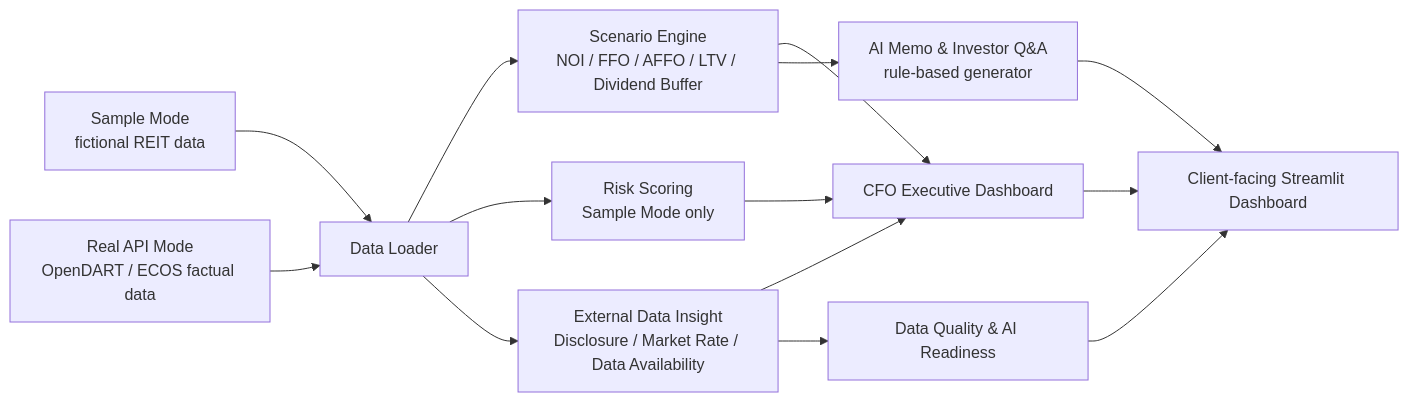
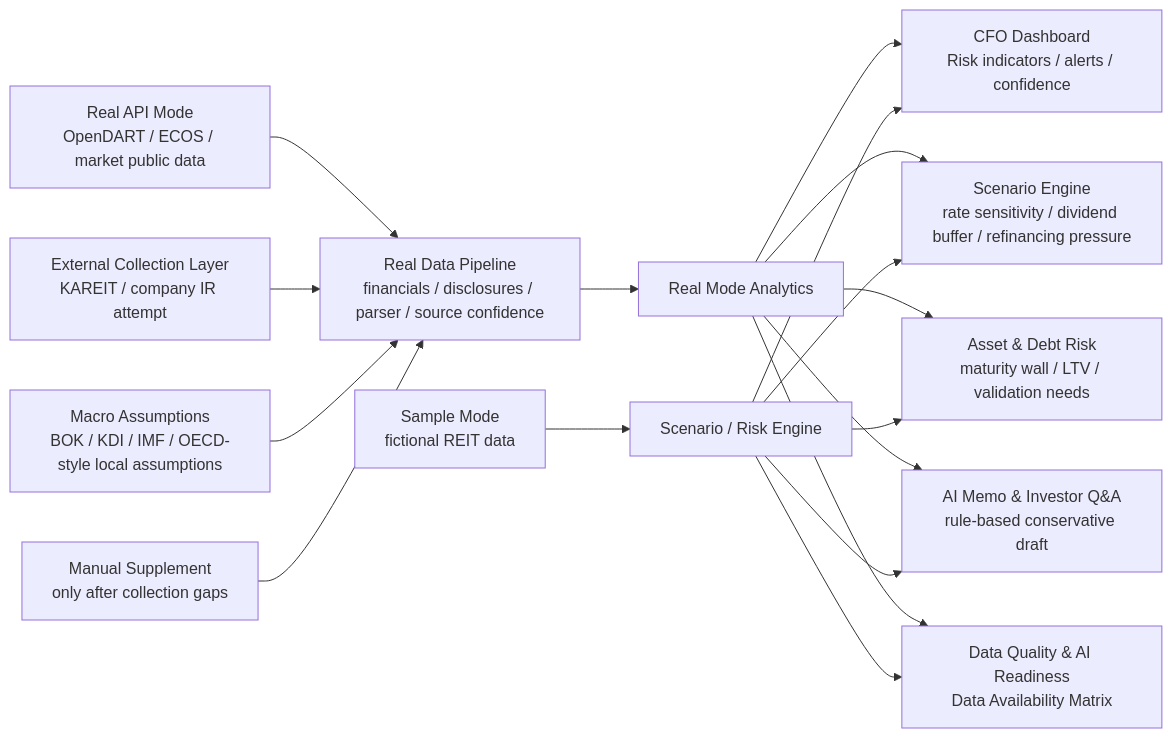
Before and after one commit to hahnjune0118/k-reit-cfo-copilot: the diagram in README.md, drawn with Mermaid. The commit also changed other lines of this file and 20 other files, not shown here.

Commit message:
Deploy v11.1 real data pipeline preview

````diff
--- a/README.md
+++ b/README.md
@@ -44,16 +40,19 @@
 ```mermaid
 flowchart LR
-    A["Sample Mode<br/>fictional REIT data"] --> C["Data Loader"]
-    B["Real API Mode<br/>OpenDART / ECOS factual data"] --> C
-    C --> D["Scenario Engine<br/>NOI / FFO / AFFO / LTV / Dividend Buffer"]
-    C --> E["Risk Scoring<br/>Sample Mode only"]
-    C --> F["External Data Insight<br/>Disclosure / Market Rate / Data Availability"]
-    D --> G["CFO Executive Dashboard"]
-    E --> G
-    F --> G
-    D --> H["AI Memo & Investor Q&A<br/>rule-based generator"]
-    F --> I["Data Quality & AI Readiness"]
-    G --> J["Client-facing Streamlit Dashboard"]
-    H --> J
-    I --> J
+    A["Sample Mode<br/>fictional REIT data"] --> C["Scenario / Risk Engine"]
+    B["Real API Mode<br/>OpenDART / ECOS / market public data"] --> L["Real Data Pipeline<br/>financials / disclosures / parser / source confidence"]
+    M["External Collection Layer<br/>KAREIT / company IR attempt"] --> L
+    E["Macro Assumptions<br/>BOK / KDI / IMF / OECD-style local assumptions"] --> L
+    F["Manual Supplement<br/>only after collection gaps"] --> L
+    L --> D["Real Mode Analytics"]
+    D --> G["CFO Dashboard<br/>Risk indicators / alerts / confidence"]
+    D --> H["Scenario Engine<br/>rate sensitivity / dividend buffer / refinancing pressure"]
+    D --> I["Asset & Debt Risk<br/>maturity wall / LTV / validation needs"]
+    D --> J["AI Memo & Investor Q&A<br/>rule-based conservative draft"]
+    D --> K["Data Quality & AI Readiness<br/>Data Availability Matrix"]
+    C --> G
+    C --> H
+    C --> I
+    C --> J
+    C --> K
 ```
````
